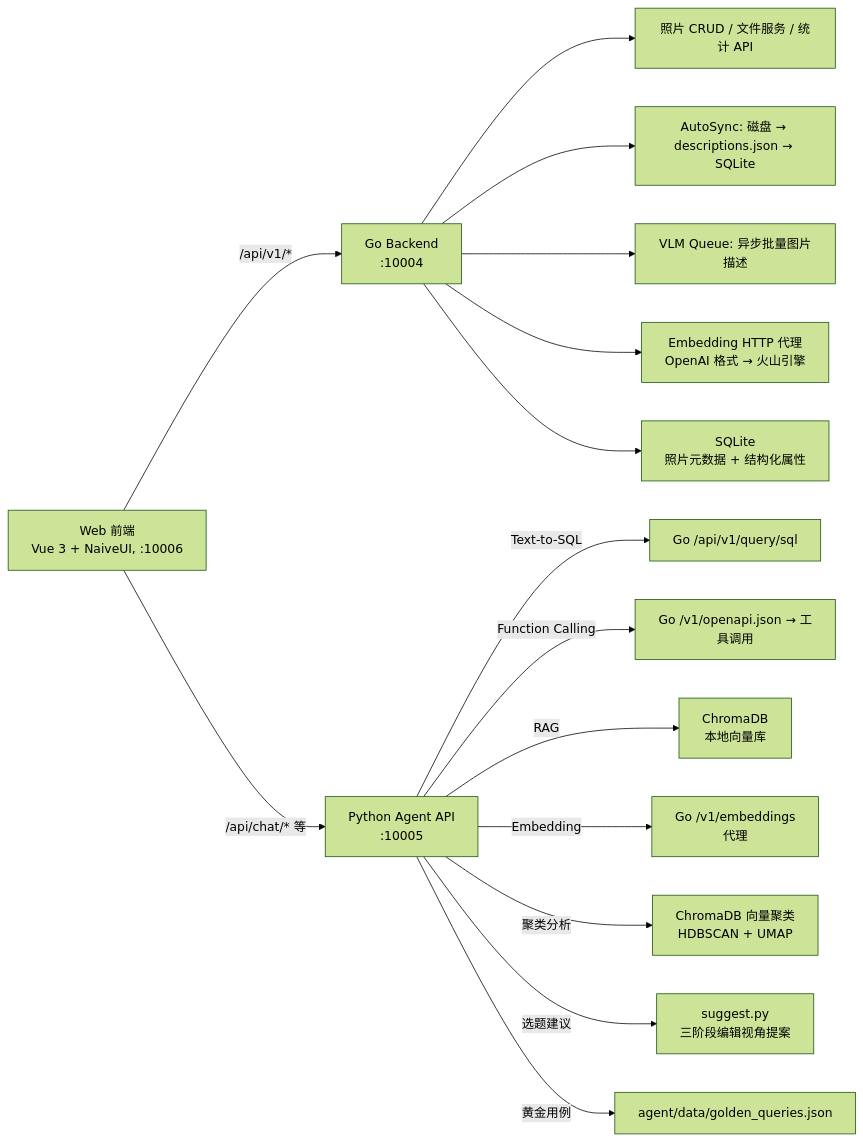
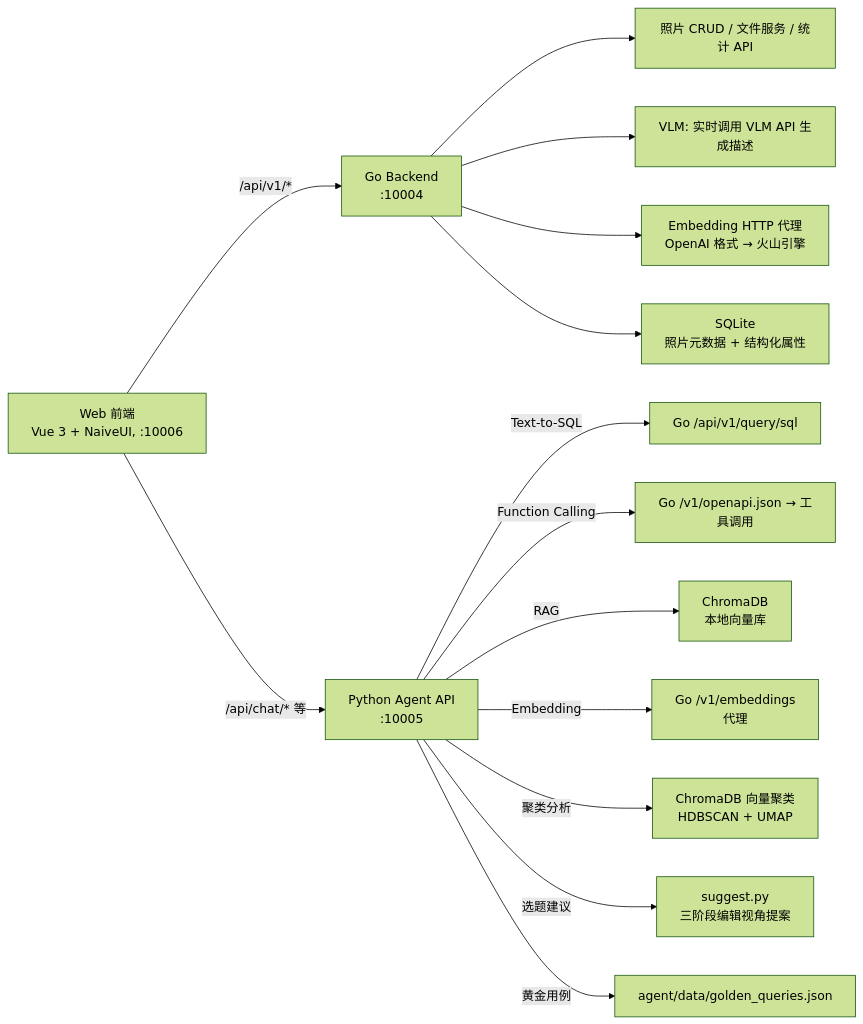
One commit to pancake-lee/photo-agent changed the first of 5 diagrams in docs/tech.md. Above: the diagram before and after it, drawn with Mermaid (forest theme). The commit also changed other lines of this file and 28 other files, not shown here.

````diff
--- a/docs/tech.md
+++ b/docs/tech.md
@@ -10,20 +10,19 @@
 ```mermaid
 flowchart LR
     A["Web 前端<br>Vue 3 + NaiveUI, :10006"]
     A -->|"/api/v1/*"| B["Go Backend<br>:10004"]
     A -->|"/api/chat/* 等"| C["Python Agent API<br>:10005"]
 
     C -->|Text-to-SQL| D["Go /api/v1/query/sql"]
     C -->|Function Calling| E["Go /v1/openapi.json → 工具调用"]
     C -->|RAG| F["ChromaDB<br>本地向量库"]
     C -->|Embedding| G["Go /v1/embeddings<br>代理"]
     C -->|聚类分析| H["ChromaDB 向量聚类<br>HDBSCAN + UMAP"]
     C -->|选题建议| I["suggest.py<br>三阶段编辑视角提案"]
     C -->|黄金用例| J["agent/data/golden_queries.json"]
 
     B --> K["照片 CRUD / 文件服务 / 统计 API"]
-    B --> L["AutoSync: 磁盘 → descriptions.json → SQLite"]
-    B --> M["VLM Queue: 异步批量图片描述"]
+    B --> M["VLM: 实时调用 VLM API 生成描述"]
     B --> N["Embedding HTTP 代理<br>OpenAI 格式 → 火山引擎"]
     B --> O["SQLite<br>照片元数据 + 结构化属性"]
 ```
````
